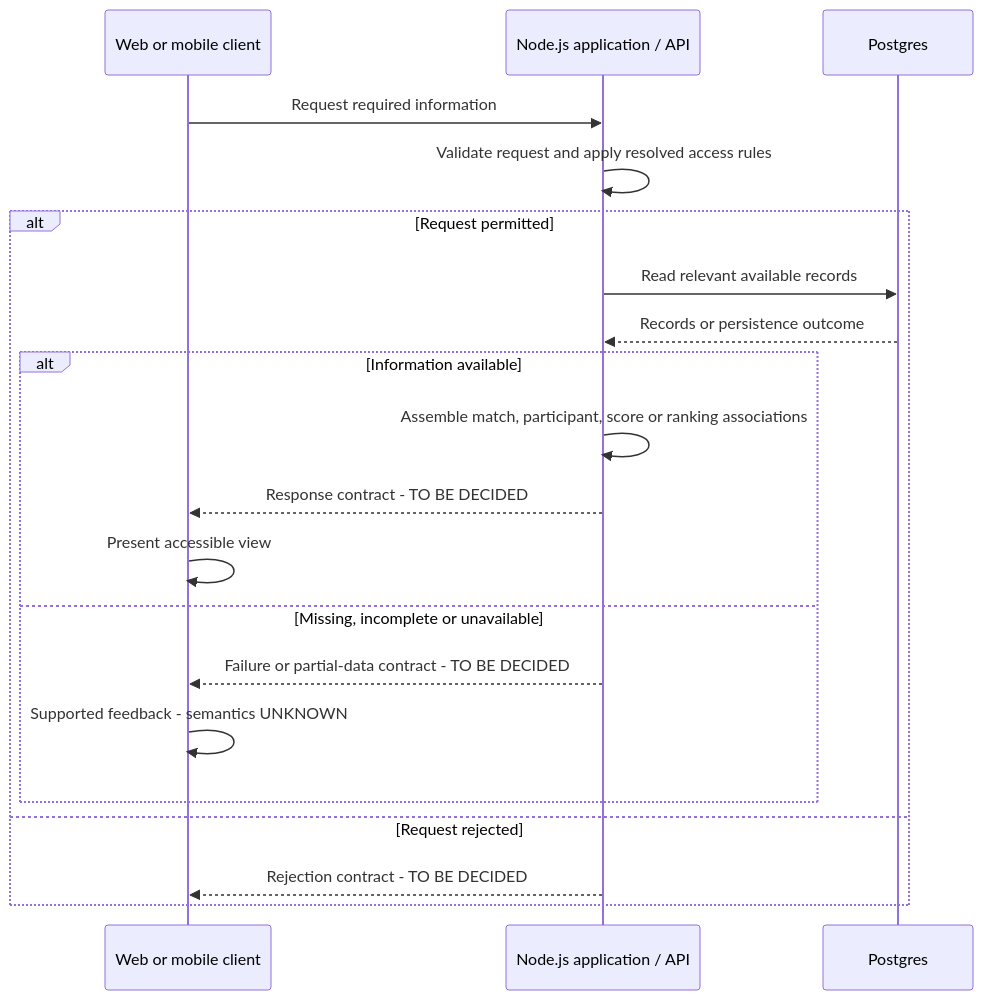
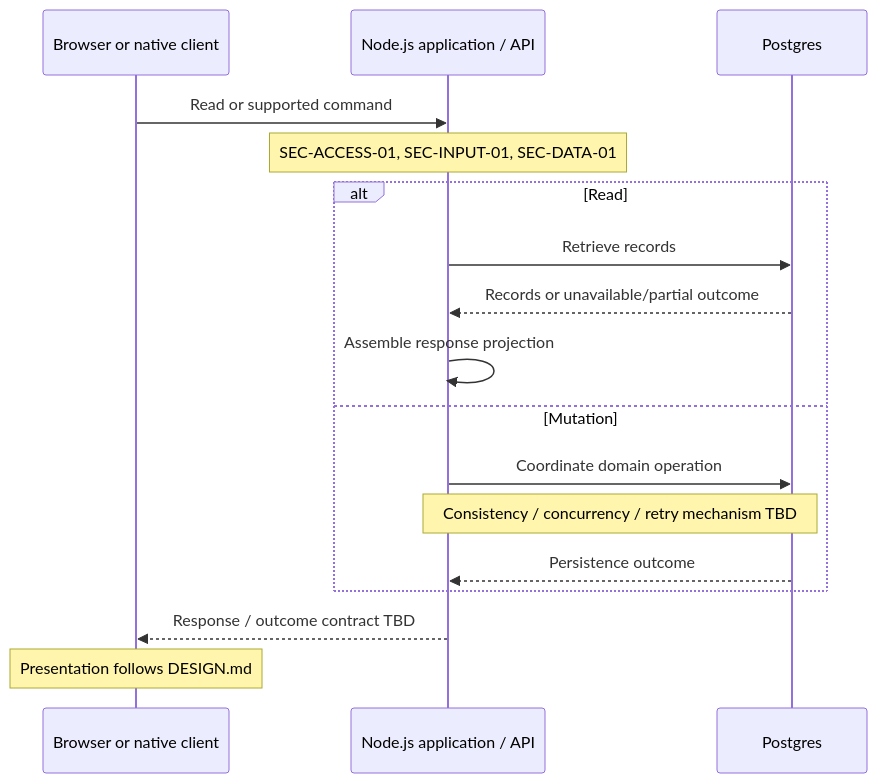
The second of 3 diagrams in ARCHITECTURE.md (Enes-git/aces-and-ale), drawn with Mermaid before and after one commit. The commit also changed other lines of this file and 6 other files, not shown here.

````diff
--- a/ARCHITECTURE.md
+++ b/ARCHITECTURE.md
@@ -166,24 +67,21 @@
 ```mermaid
 sequenceDiagram
-    accTitle: ASSUMPTION - Reading application information
-    accDescr: A client requests information. Node.js applies resolved access rules, retrieves available records from Postgres, and returns a presentation response. Missing-data and access-failure contracts remain undecided.
-    participant C as Web or mobile client
+    accTitle: ASSUMPTION - Read and mutation allocation
+    accDescr: A client sends a read or mutation to Node.js, which applies the security-owner controls and accesses Postgres through its persistence interface. It returns a response or outcome contract for client presentation; mechanisms remain undecided.
+    participant C as Browser or native client
     participant A as Node.js application / API
     participant P as Postgres
-    C->>A: Request required information
-    A->>A: Validate request and apply resolved access rules
-    alt Request permitted
-        A->>P: Read relevant available records
-        P-->>A: Records or persistence outcome
-        alt Information available
-            A->>A: Assemble match, participant, score or ranking associations
-            A-->>C: Response contract - TO BE DECIDED
-            C->>C: Present accessible view
-        else Missing, incomplete or unavailable
-            A-->>C: Failure or partial-data contract - TO BE DECIDED
-            C->>C: Supported feedback - semantics UNKNOWN
-        end
-    else Request rejected
-        A-->>C: Rejection contract - TO BE DECIDED
+    C->>A: Read or supported command
+    Note over A: SEC-ACCESS-01, SEC-INPUT-01, SEC-DATA-01
+    alt Read
+      A->>P: Retrieve records
+      P-->>A: Records or unavailable/partial outcome
+      A->>A: Assemble response projection
+    else Mutation
+      A->>P: Coordinate domain operation
+      Note over A,P: Consistency / concurrency / retry mechanism TBD
+      P-->>A: Persistence outcome
     end
+    A-->>C: Response / outcome contract TBD
+    Note over C: Presentation follows DESIGN.md
 ```
````
